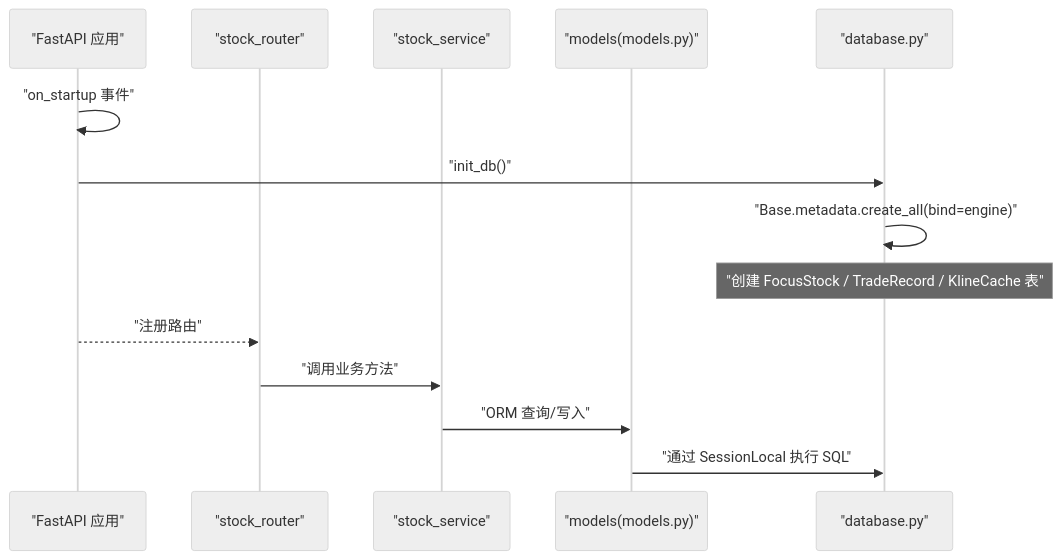
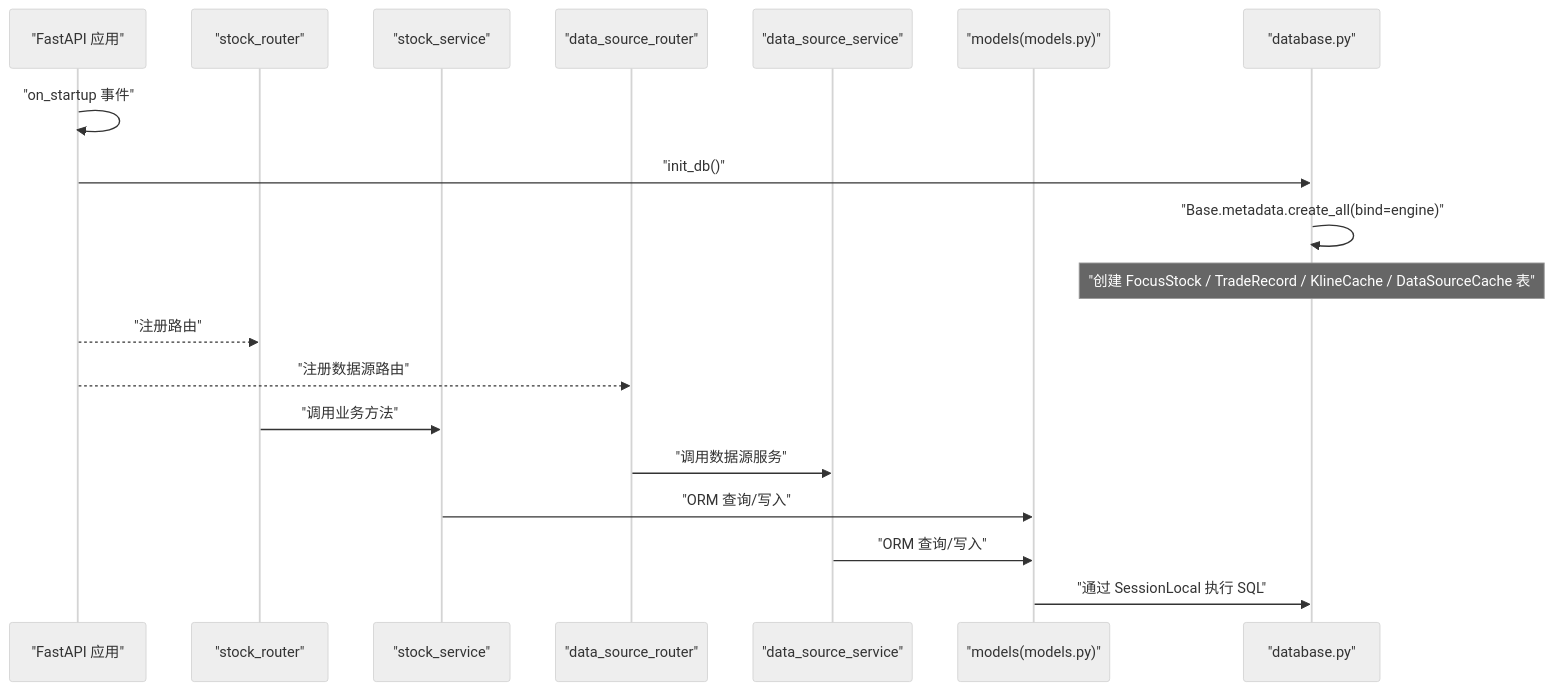
The second of 7 diagrams in .qoder/repowiki/zh/content/数据模型/数据库表结构.md (Moruime/stock_foker), drawn with Mermaid (neutral theme) before and after one commit. The commit also changed other lines of this file and 37 other files, not shown here.

First line of the commit message:
docs(data_source): 新增数据源服务层及相关数据库结构文档

````diff
--- a/.qoder/repowiki/zh/content/数据模型/数据库表结构.md
+++ b/.qoder/repowiki/zh/content/数据模型/数据库表结构.md
@@ -100,16 +127,21 @@
 ```mermaid
 sequenceDiagram
 participant App as "FastAPI 应用"
 participant Router as "stock_router"
 participant Service as "stock_service"
+participant DSRouter as "data_source_router"
+participant DSService as "data_source_service"
 participant Model as "models(models.py)"
 participant DB as "database.py"
 App->>App : "on_startup 事件"
 App->>DB : "init_db()"
 DB->>DB : "Base.metadata.create_all(bind=engine)"
-Note over DB : "创建 FocusStock / TradeRecord / KlineCache 表"
+Note over DB : "创建 FocusStock / TradeRecord / KlineCache / DataSourceCache 表"
 App-->>Router : "注册路由"
+App-->>DSRouter : "注册数据源路由"
 Router->>Service : "调用业务方法"
+DSRouter->>DSService : "调用数据源服务"
 Service->>Model : "ORM 查询/写入"
+DSService->>Model : "ORM 查询/写入"
 Model->>DB : "通过 SessionLocal 执行 SQL"
 ```
````
